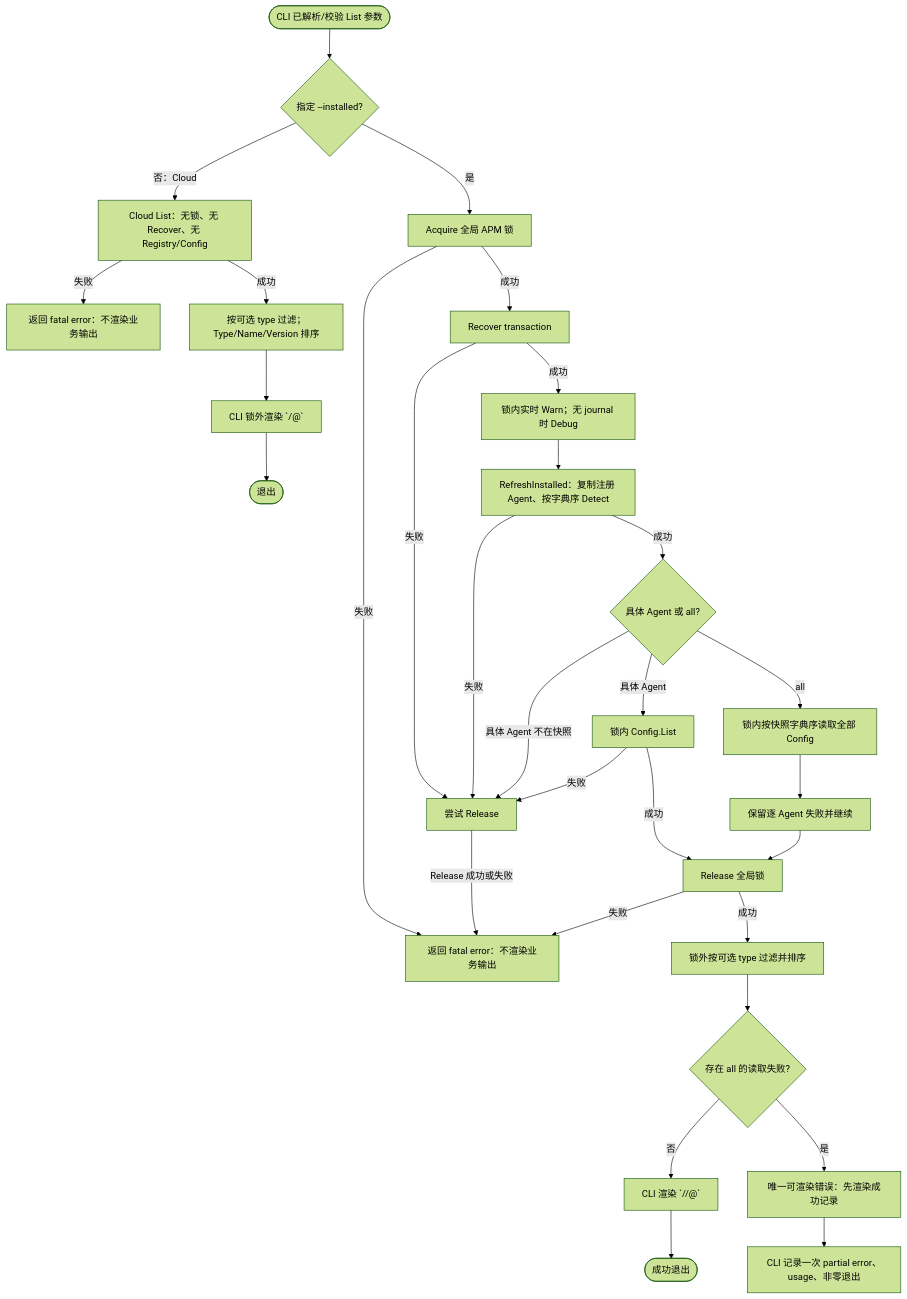
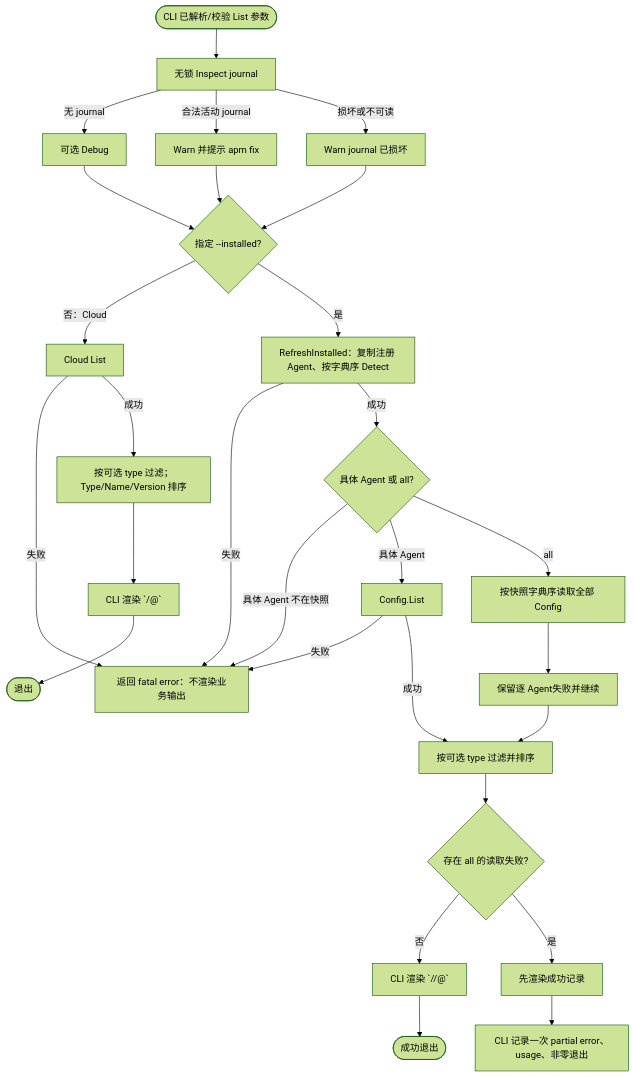
Before and after one commit to spacemit-com/agent-power-manager: the diagram in ivory-tower/c4/components/apm-cli-lifecycle-diagrams/list.mmd, drawn with Mermaid (forest theme). The commit also changed 22 other files, not shown here.

```diff
--- a/ivory-tower/c4/components/apm-cli-lifecycle-diagrams/list.mmd
+++ b/ivory-tower/c4/components/apm-cli-lifecycle-diagrams/list.mmd
@@ -1,28 +1,27 @@
 flowchart TD
-    ListStart([CLI 已解析/校验 List 参数]) --> ListInstalled{指定 --installed?}
-    ListInstalled -->|否：Cloud| CloudList[Cloud List：无锁、无 Recover、无 Registry/Config]
-    CloudList -->|失败| CloudFail[返回 fatal error：不渲染业务输出]
+    ListStart([CLI 已解析/校验 List 参数]) --> Inspect[无锁 Inspect journal]
+    Inspect -->|无 journal| Debug[可选 Debug]
+    Inspect -->|合法活动 journal| Warn[Warn 并提示 apm fix]
+    Inspect -->|损坏或不可读| Damaged[Warn journal 已损坏]
+    Debug --> ListInstalled{指定 --installed?}
+    Warn --> ListInstalled
+    Damaged --> ListInstalled
+
+    ListInstalled -->|否：Cloud| CloudList[Cloud List]
+    CloudList -->|失败| Fatal[返回 fatal error：不渲染业务输出]
     CloudList -->|成功| CloudCompute[按可选 type 过滤；Type/Name/Version 排序]
-    CloudCompute --> CloudRender[CLI 锁外渲染 `<type>/<name>@<version>`] --> CloudExit([退出])
+    CloudCompute --> CloudRender[CLI 渲染 `<type>/<name>@<version>`] --> CloudExit([退出])
 
-    ListInstalled -->|是| Acquire[Acquire 全局 APM 锁]
-    Acquire -->|失败| Fatal[返回 fatal error：不渲染业务输出]
-    Acquire -->|成功| Recover[Recover transaction]
-    Recover -->|失败| ReleaseFatal[尝试 Release]
-    Recover -->|成功| Warn[锁内实时 Warn；无 journal 时 Debug]
-    Warn --> Refresh[RefreshInstalled：复制注册 Agent、按字典序 Detect]
-    Refresh -->|失败| ReleaseFatal
+    ListInstalled -->|是| Refresh[RefreshInstalled：复制注册 Agent、按字典序 Detect]
+    Refresh -->|失败| Fatal
     Refresh -->|成功| Select{具体 Agent 或 all?}
-    Select -->|具体 Agent 不在快照| ReleaseFatal
-    Select -->|具体 Agent| ReadOne[锁内 Config.List]
-    ReadOne -->|失败| ReleaseFatal
-    ReadOne -->|成功| ReleaseSuccess[Release 全局锁]
-    Select -->|all| ReadAll[锁内按快照字典序读取全部 Config]
-    ReadAll --> PartialStore[保留逐 Agent 失败并继续]
-    PartialStore --> ReleaseSuccess
-    ReleaseFatal -->|Release 成功或失败| Fatal
-    ReleaseSuccess -->|失败| Fatal
-    ReleaseSuccess -->|成功| InstalledCompute[锁外按可选 type 过滤并排序]
+    Select -->|具体 Agent 不在快照| Fatal
+    Select -->|具体 Agent| ReadOne[Config.List]
+    ReadOne -->|失败| Fatal
+    ReadOne -->|成功| InstalledCompute[按可选 type 过滤并排序]
+    Select -->|all| ReadAll[按快照字典序读取全部 Config]
+    ReadAll --> PartialStore[保留逐 Agent失败并继续]
+    PartialStore --> InstalledCompute
     InstalledCompute --> HasPartial{存在 all 的读取失败?}
     HasPartial -->|否| InstalledRender[CLI 渲染 `<agent>/<type>/<name>@<version>`] --> InstalledExit([成功退出])
-    HasPartial -->|是| PartialRender[唯一可渲染错误：先渲染成功记录] --> PartialError[CLI 记录一次 partial error、usage、非零退出]
+    HasPartial -->|是| PartialRender[先渲染成功记录] --> PartialError[CLI 记录一次 partial error、usage、非零退出]
```
